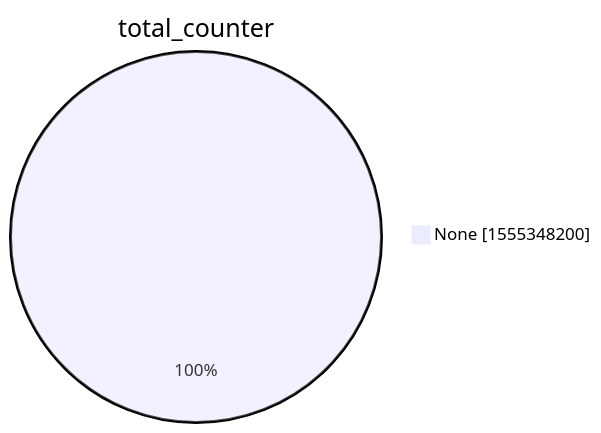
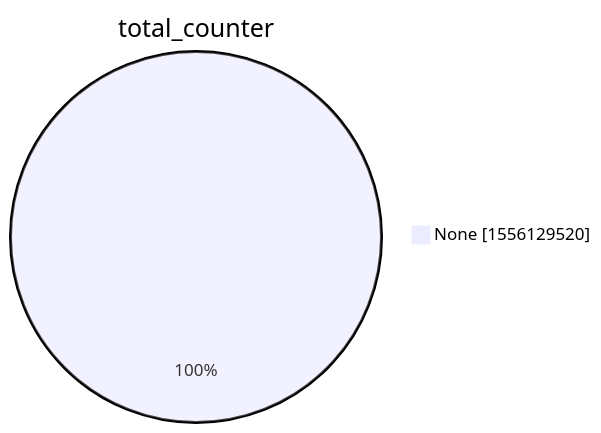
The second of 15 diagrams in xenon2022/README.md (christiankrug/ctmonitor_visualization), drawn with Mermaid before and after one commit. The commit also changed other lines of this file, not shown here.

````diff
--- a/xenon2022/README.md
+++ b/xenon2022/README.md
@@ -9,5 +9,5 @@
 ```mermaid
 pie showData
 title total_counter
-"None" :1555348200
+"None" :1556129520
 ```
````
